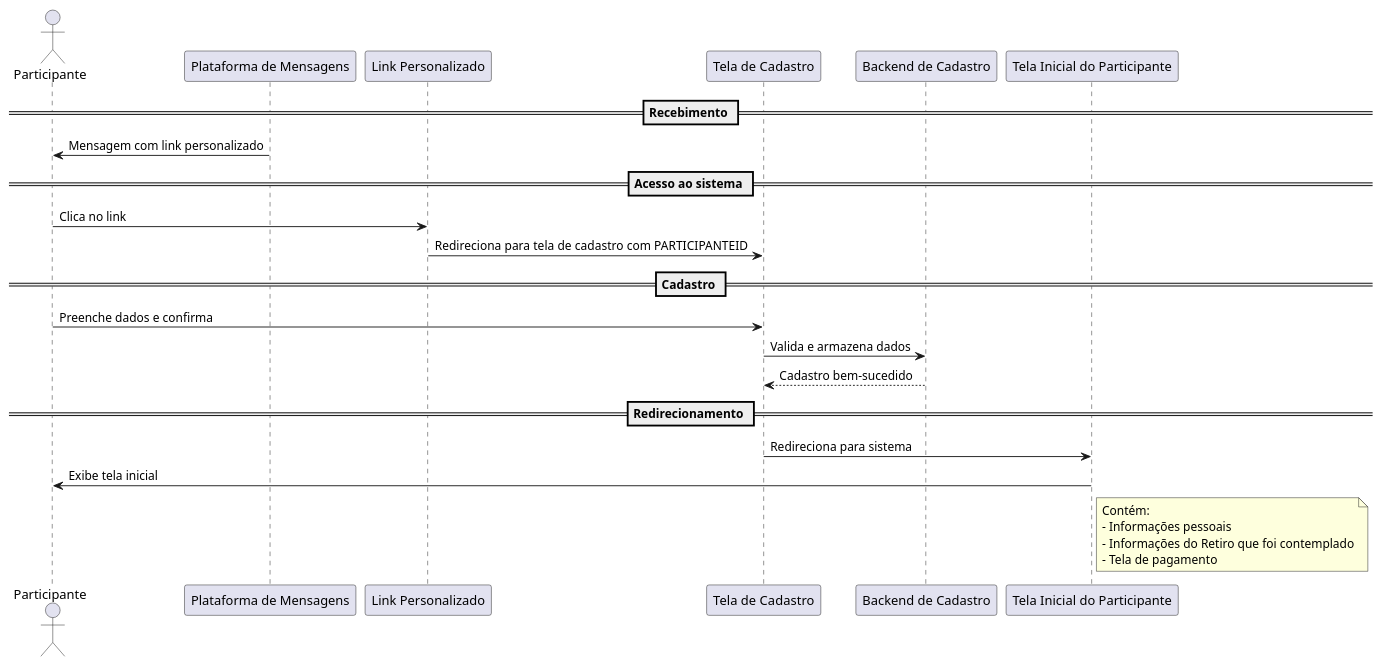
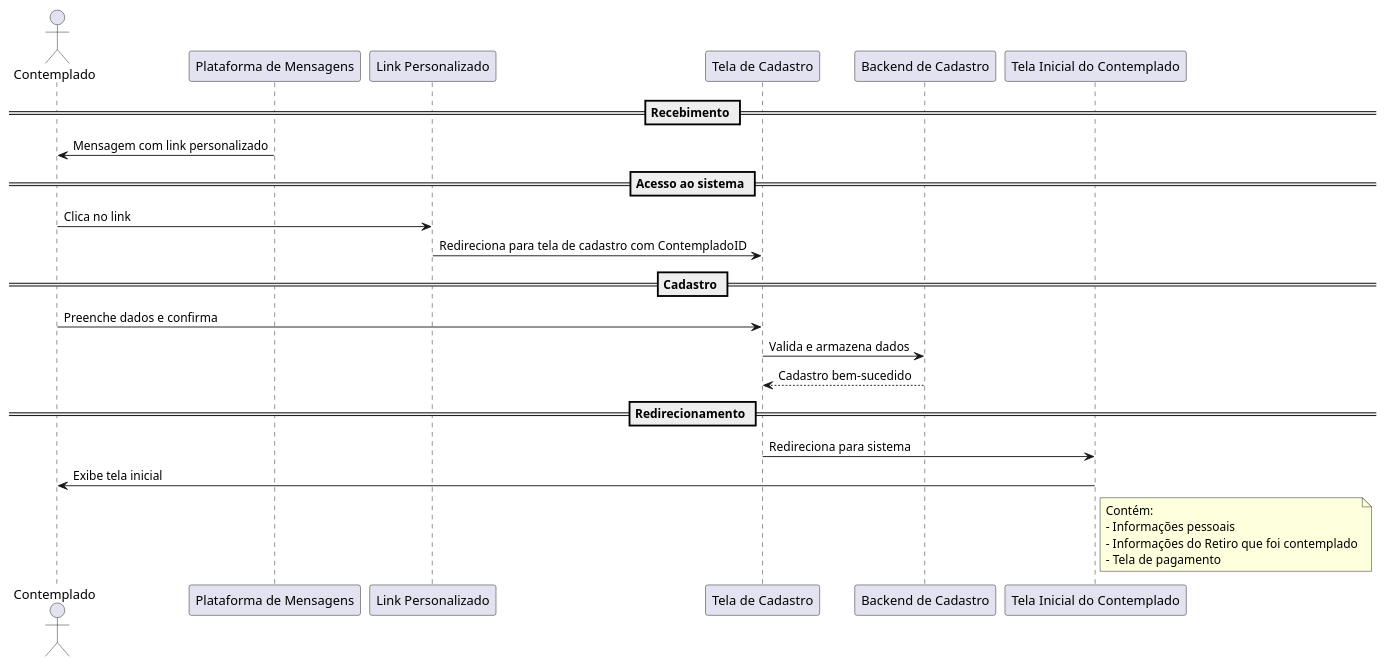
Before and after one commit to vitorcarlet/spiritual-retreat-front-end: the diagram in .sequence diagram/participant/participantmessagereceiving.plantuml, drawn with PlantUML. The commit also changed 110 other files, not shown here.

Commit message:
feat: add LaTeX project structure and initial content for academic work; include sequence diagrams for user management and payment processes

```diff
--- a/.sequence diagram/participant/participantmessagereceiving.plantuml
+++ b/.sequence diagram/participant/participantmessagereceiving.plantuml
@@ -1,30 +1,30 @@
 @startuml name "Recebimento da Mensagem e Acesso ao Sistema"
-actor Participante
+actor Contemplado
 participant "Plataforma de Mensagens" as MsgPlataforma
 participant "Link Personalizado" as Link
 participant "Tela de Cadastro" as Cadastro
 participant "Backend de Cadastro" as Backend
-participant "Tela Inicial do Participante" as TelaInicial
+participant "Tela Inicial do Contemplado" as TelaInicial
 
 == Recebimento ==
-MsgPlataforma -> Participante : Mensagem com link personalizado
+MsgPlataforma -> Contemplado : Mensagem com link personalizado
 
 == Acesso ao sistema ==
-Participante -> Link : Clica no link
-Link -> Cadastro : Redireciona para tela de cadastro com PARTICIPANTEID
+Contemplado -> Link : Clica no link
+Link -> Cadastro : Redireciona para tela de cadastro com ContempladoID
 
 == Cadastro ==
-Participante -> Cadastro : Preenche dados e confirma
+Contemplado -> Cadastro : Preenche dados e confirma
 Cadastro -> Backend : Valida e armazena dados
 Backend --> Cadastro : Cadastro bem-sucedido
 
 == Redirecionamento ==
 Cadastro -> TelaInicial : Redireciona para sistema
-TelaInicial -> Participante : Exibe tela inicial
+TelaInicial -> Contemplado : Exibe tela inicial
 note right of TelaInicial
 Contém:
 - Informações pessoais
 - Informações do Retiro que foi contemplado
 - Tela de pagamento
 end note
 @enduml
```
